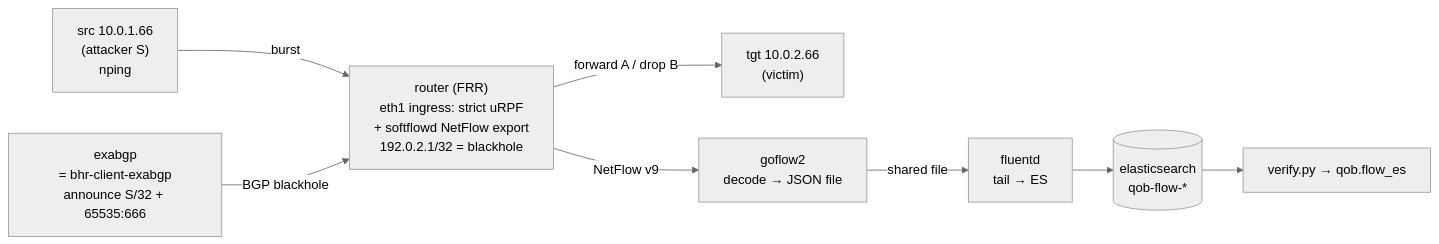
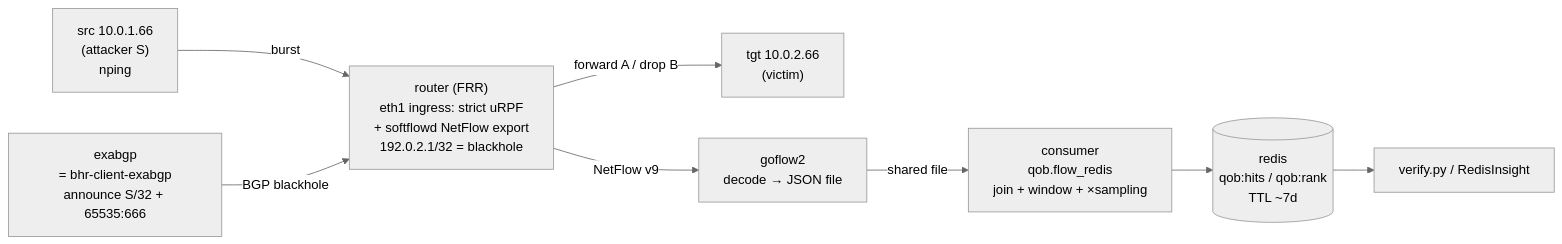
One commit to reese-pagtalunan/quality-of-blocking changed the diagram in lab/README.md. Above: the diagram before and after it, drawn with Mermaid (neutral theme). The commit also changed other lines of this file and 22 other files, not shown here.

Commit message:
replaced elasticsearch with redis

````diff
--- a/lab/README.md
+++ b/lab/README.md
@@ -13,15 +20,15 @@
 ```mermaid
 flowchart LR
     SRC["src 10.0.1.66<br/>(attacker S)<br/>nping"]
     RTR["router (FRR)<br/>eth1 ingress: strict uRPF<br/>+ softflowd NetFlow export<br/>192.0.2.1/32 = blackhole"]
     TGT["tgt 10.0.2.66<br/>(victim)"]
     EXA["exabgp<br/>= bhr-client-exabgp<br/>announce S/32 + 65535:666"]
     GF["goflow2<br/>decode → JSON file"]
-    FL["fluentd<br/>tail → ES"]
-    ES[("elasticsearch<br/>qob-flow-*")]
-    QOB["verify.py → qob.flow_es"]
+    CON["consumer<br/>qob.flow_redis<br/>join + window + ×sampling"]
+    RDS[("redis<br/>qob:hits / qob:rank<br/>TTL ~7d")]
+    QOB["verify.py / RedisInsight"]
 
     SRC -->|burst| RTR -->|forward A / drop B| TGT
     EXA -->|BGP blackhole| RTR
-    RTR -->|NetFlow v9| GF -->|shared file| FL --> ES --> QOB
+    RTR -->|NetFlow v9| GF -->|shared file| CON --> RDS --> QOB
 ```
````
